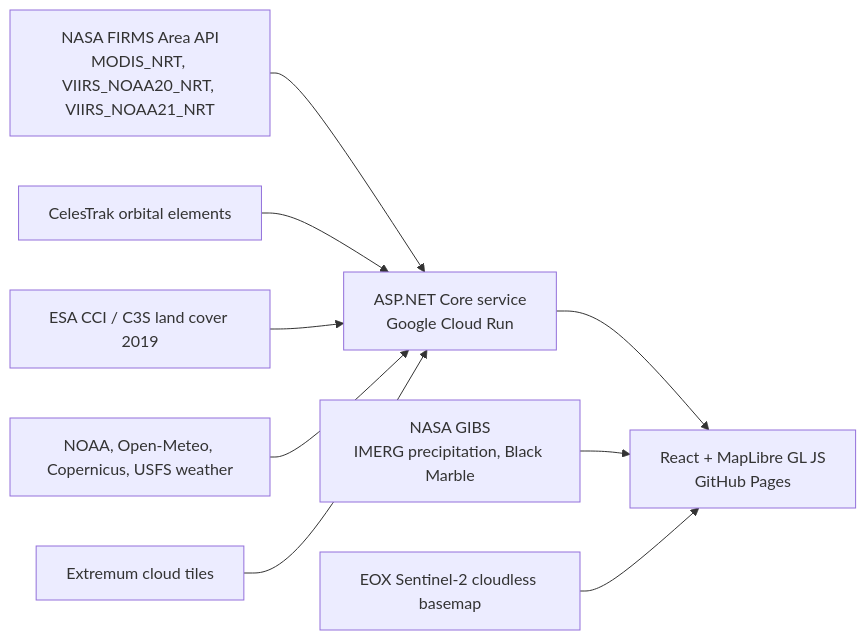
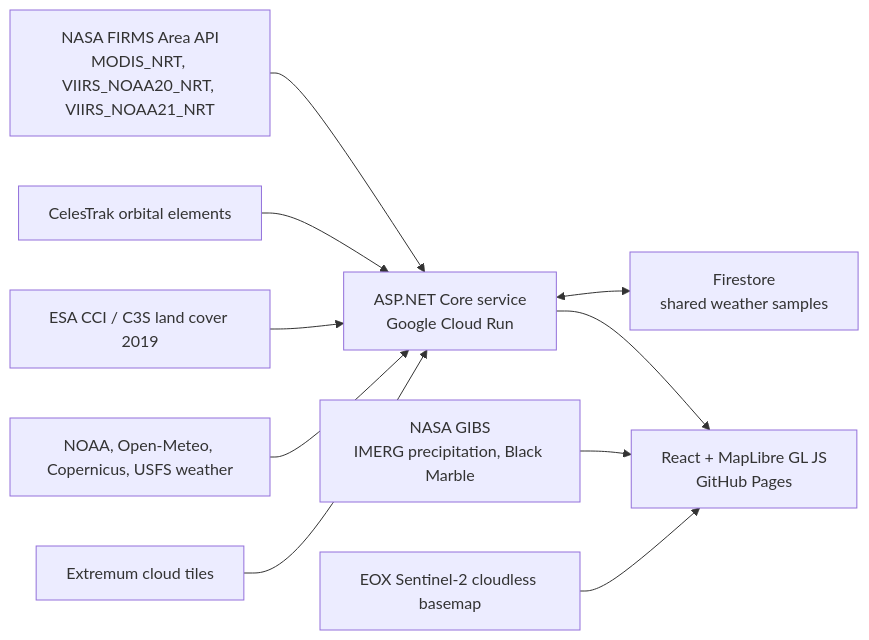
Before and after one commit to avbelkin/nasa-space-apps-sg: the diagram in submission/docs/technical-note.md, drawn with Mermaid. The commit also changed other lines of this file and 7 other files, not shown here.

````diff
--- a/submission/docs/technical-note.md
+++ b/submission/docs/technical-note.md
@@ -43,11 +44,12 @@
 ```mermaid
 flowchart LR
   FIRMS[NASA FIRMS Area API<br/>MODIS_NRT, VIIRS_NOAA20_NRT, VIIRS_NOAA21_NRT] --> API
   TLE[CelesTrak orbital elements] --> API
   LC[ESA CCI / C3S land cover 2019] --> API
   WX[NOAA, Open-Meteo, Copernicus, USFS weather] --> API
   EXT[Extremum cloud tiles] --> API
+  API <--> FS[Firestore<br/>shared weather samples]
   API[ASP.NET Core service<br/>Google Cloud Run] --> UI[React + MapLibre GL JS<br/>GitHub Pages]
   GIBS[NASA GIBS<br/>IMERG precipitation, Black Marble] --> UI
   EOX[EOX Sentinel-2 cloudless basemap] --> UI
 ```
````
